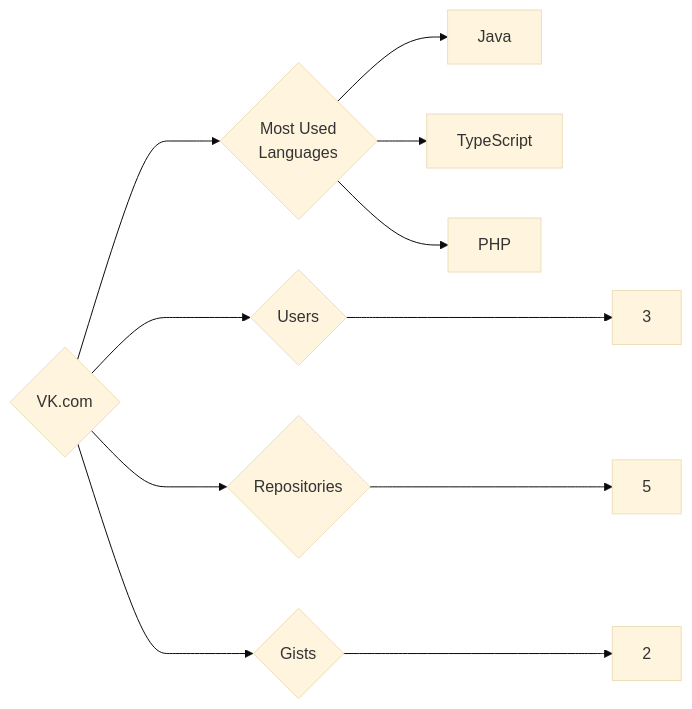
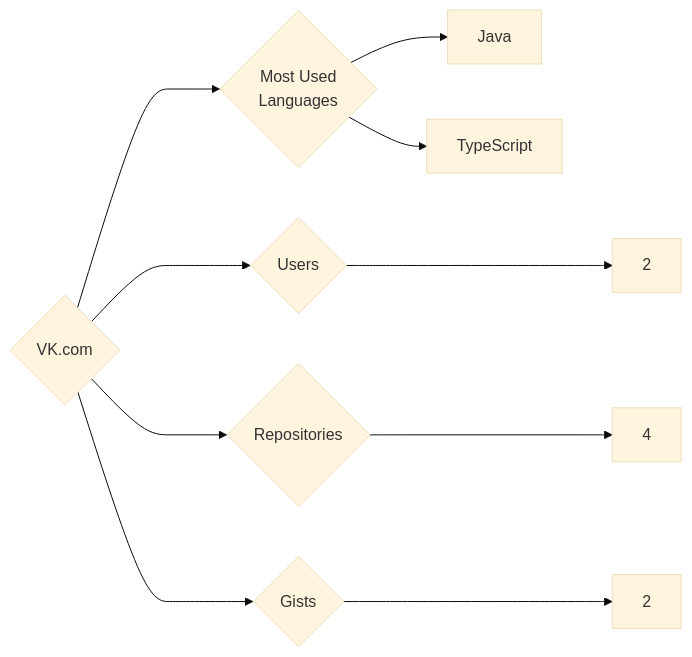
One commit to trickest/insiders changed the diagram in targets/VK.com/README.md. Above: the diagram before and after it, drawn with Mermaid (base theme). The commit also changed 964 other files, not shown here.

````diff
--- a/targets/VK.com/README.md
+++ b/targets/VK.com/README.md
@@ -3,11 +3,10 @@
 ```mermaid
 graph LR
 COMPANY_NAME{VK.com}
-COMPANY_NAME ---> U{Users} ---> UN[3]
-COMPANY_NAME ---> R{Repositories} ---> RN[5]
+COMPANY_NAME ---> U{Users} ---> UN[2]
+COMPANY_NAME ---> R{Repositories} ---> RN[4]
 COMPANY_NAME ---> G{Gists} ---> GN[2]
 COMPANY_NAME ---> ML{Most Used<br>Languages}
 ML --> Java[Java]
 ML --> TypeScript[TypeScript]
-ML --> PHP[PHP]
 ```
````
